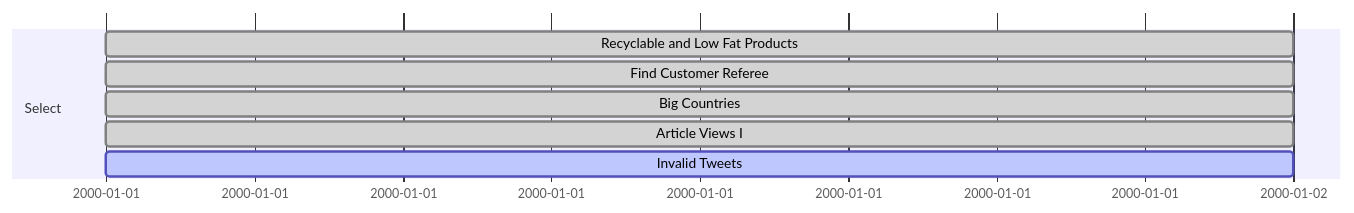
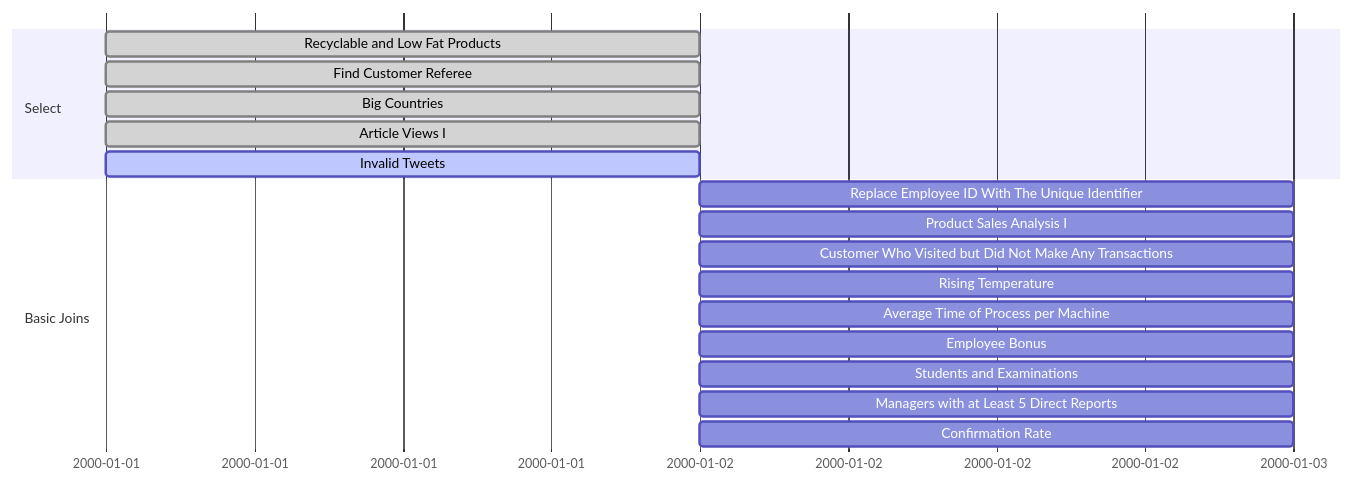
The third of 3 diagrams in README.md (kizzandev/LeetCode), drawn with Mermaid before and after one commit.

Commit message:
Added next Gant Section for the SQL50

````diff
--- a/README.md
+++ b/README.md
@@ -62,9 +62,20 @@
 ```mermaid
 gantt
     section Select
     Recyclable and Low Fat Products: done,   a0, 2000-01-01, 1d
     Find Customer Referee          : done,   a , 2000-01-01, 1d
     Big Countries                  : done,   a , 2000-01-01, 1d
     Article Views I                : done,   a , 2000-01-01, 1d
     Invalid Tweets                 : active, a , 2000-01-01, 1d
+
+    section Basic Joins
+    Replace Employee ID With The Unique Identifier        :         a1, after a0, 1d
+    Product Sales Analysis I                              :         a , after a0, 1d
+    Customer Who Visited but Did Not Make Any Transactions:         a , after a0, 1d
+    Rising Temperature                                    :         a , after a0, 1d
+    Average Time of Process per Machine                   :         a , after a0, 1d
+    Employee Bonus                                        :         a , after a0, 1d
+    Students and Examinations                             :         a , after a0, 1d
+    Managers with at Least 5 Direct Reports               :         a , after a0, 1d
+    Confirmation Rate                                     :         a , after a0, 1d
 ```
````
